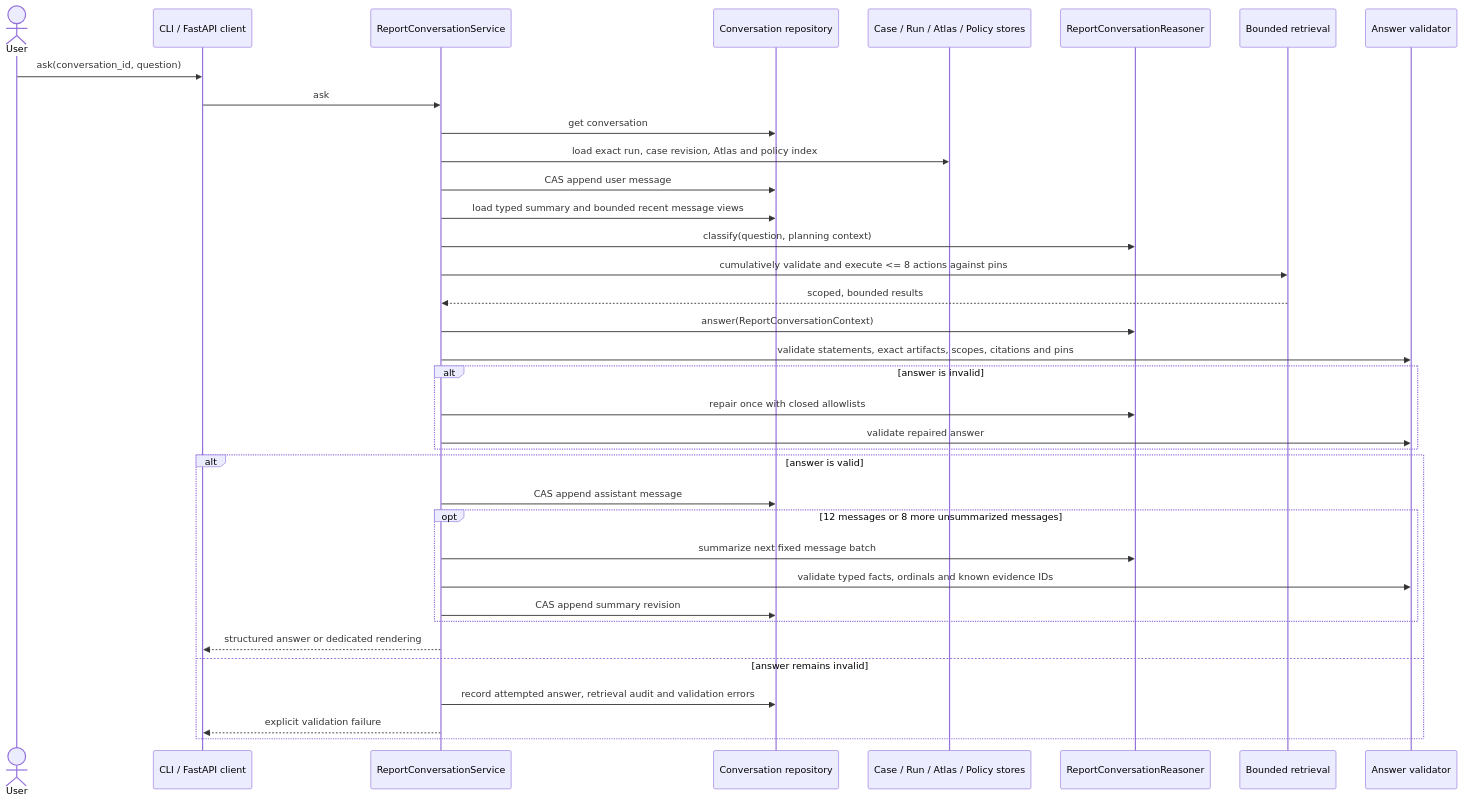
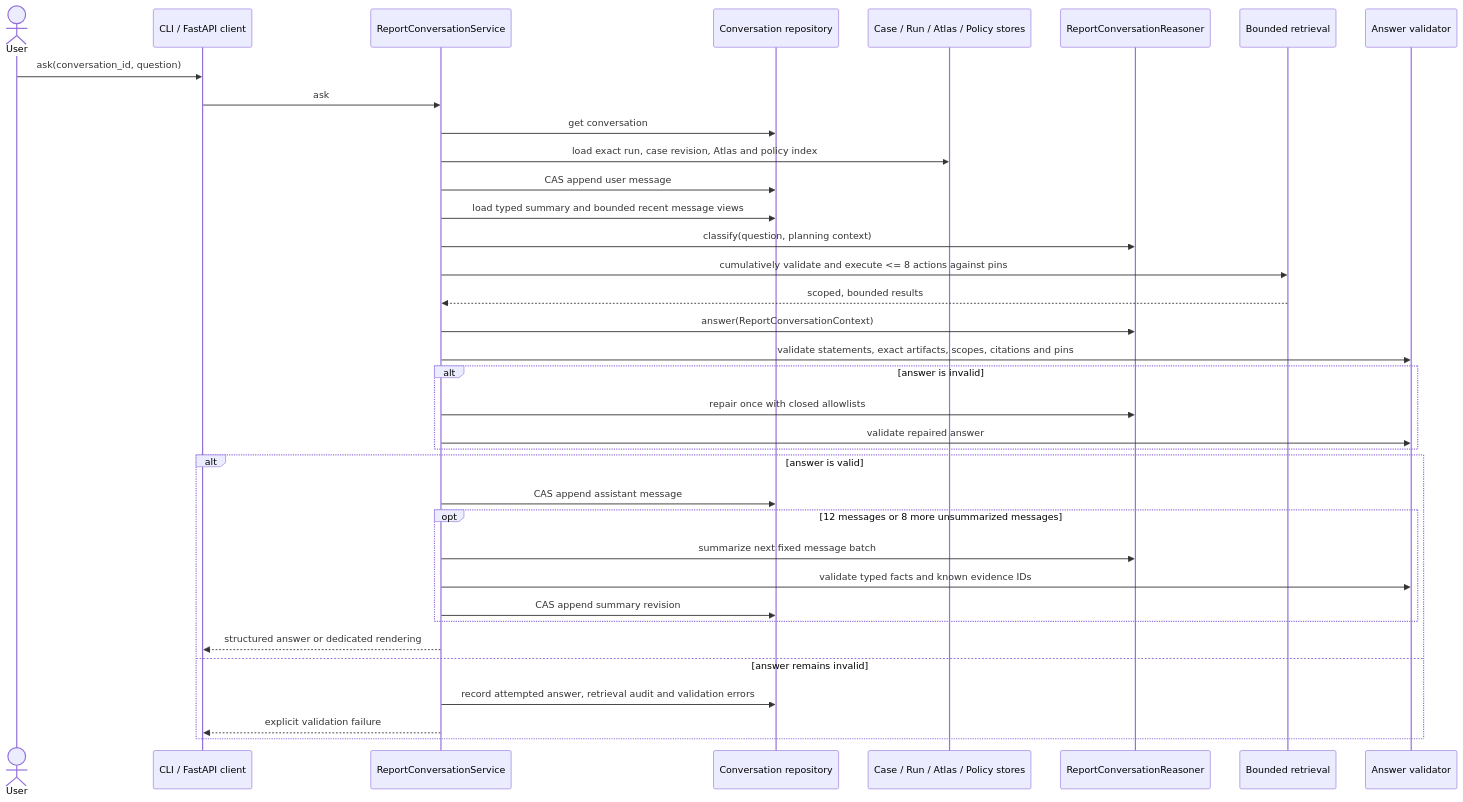
Before and after one commit to Furkan-rgb/arch_compass: the diagram in docs/report-conversations.md, drawn with Mermaid. The commit also changed other lines of this file and 20 other files, not shown here.

````diff
--- a/docs/report-conversations.md
+++ b/docs/report-conversations.md
@@ -9,39 +9,39 @@
 ```mermaid
 sequenceDiagram
     actor User
     participant Client as CLI / FastAPI client
     participant Service as ReportConversationService
     participant Store as Conversation repository
     participant Pins as Case / Run / Atlas / Policy stores
     participant Reasoner as ReportConversationReasoner
     participant Retrieval as Bounded retrieval
     participant Validator as Answer validator
 
     User->>Client: ask(conversation_id, question)
     Client->>Service: ask
     Service->>Store: get conversation
     Service->>Pins: load exact run, case revision, Atlas and policy index
     Service->>Store: CAS append user message
     Service->>Store: load typed summary and bounded recent message views
     Service->>Reasoner: classify(question, planning context)
     Service->>Retrieval: cumulatively validate and execute <= 8 actions against pins
     Retrieval-->>Service: scoped, bounded results
     Service->>Reasoner: answer(ReportConversationContext)
     Service->>Validator: validate statements, exact artifacts, scopes, citations and pins
     alt answer is invalid
         Service->>Reasoner: repair once with closed allowlists
         Service->>Validator: validate repaired answer
     end
     alt answer is valid
         Service->>Store: CAS append assistant message
         opt 12 messages or 8 more unsummarized messages
             Service->>Reasoner: summarize next fixed message batch
-            Service->>Validator: validate typed facts, ordinals and known evidence IDs
+            Service->>Validator: validate typed facts and known evidence IDs
             Service->>Store: CAS append summary revision
         end
         Service-->>Client: structured answer or dedicated rendering
     else answer remains invalid
         Service->>Store: record attempted answer, retrieval audit and validation errors
         Service-->>Client: explicit validation failure
     end
 ```
````
